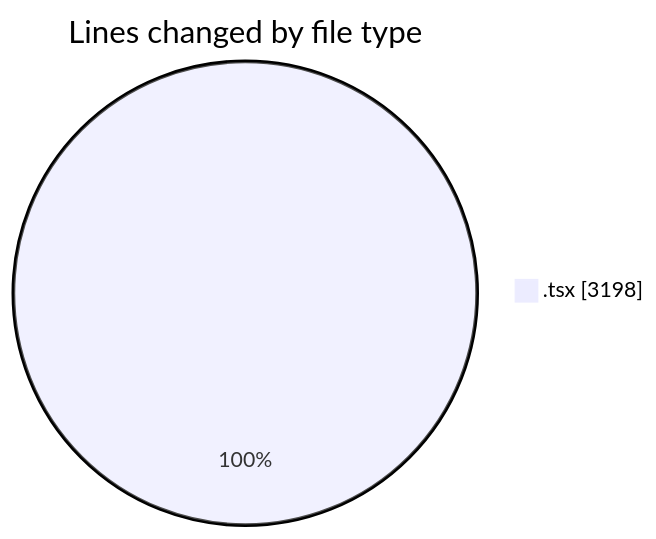
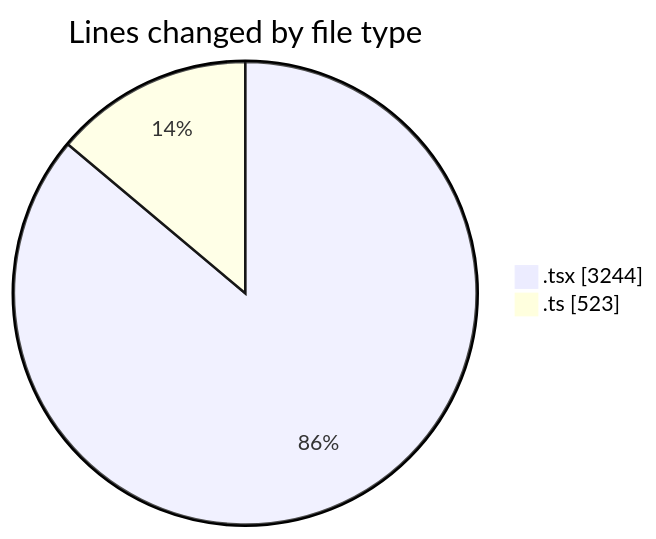
Before and after one commit to nxtqubesakshisongat/code-tracking: the first of 2 diagrams in 2026-04-05/nxtqube_webapp/README.md, drawn with Mermaid. The commit also changed other lines of this file and 1 other file, not shown here.

````diff
--- a/2026-04-05/nxtqube_webapp/README.md
+++ b/2026-04-05/nxtqube_webapp/README.md
@@ -23,5 +24,6 @@
 ```mermaid
 pie showData
 title Lines changed by file type
-".tsx" : 3198
+".tsx" : 3244
+".ts" : 523
 ```
````
